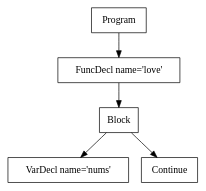
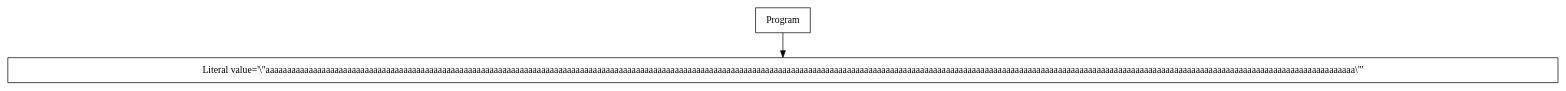
The diagram in p2-parser/tree.dot (purejerome/cs432_project), drawn with Graphviz before and after one commit. The commit also changed 3 other files, not shown here.

```diff
--- a/p2-parser/tree.dot
+++ b/p2-parser/tree.dot
@@ -1,11 +1,5 @@
 digraph AST {
-3 [shape=box, label="VarDecl name='nums'"];
-4 [shape=box, label="Continue"];
-2 [shape=box, label="Block"];
-2 -> 3;
-2 -> 4;
-1 [shape=box, label="FuncDecl name='love'"];
-1 -> 2;
+1 [shape=box, label="Literal value='\\\"aaaaaaaaaaaaaaaaaaaaaaaaaaaaaaaaaaaaaaaaaaaaaaaaaaaaaaaaaaaaaaaaaaaaaaaaaaaaaaaaaaaaaaaaaaaaaaaaaaaaaaaaaaaaaaaaaaaaaaaaaaaaaaaaaaaaaaaaaaaaaaaaaaaaaaaaaaaaaaaaaaaaaaaaaaaaaaaaaaaaaaaaaaaaaaaaaaaaaaaaaaaaaaaaaaaaaaaaaaaaaaaaaaaaaaaaaaaaaaaaaaaaaaaaaaaaa\\\"'"];
 0 [shape=box, label="Program"];
 0 -> 1;
 }
```
